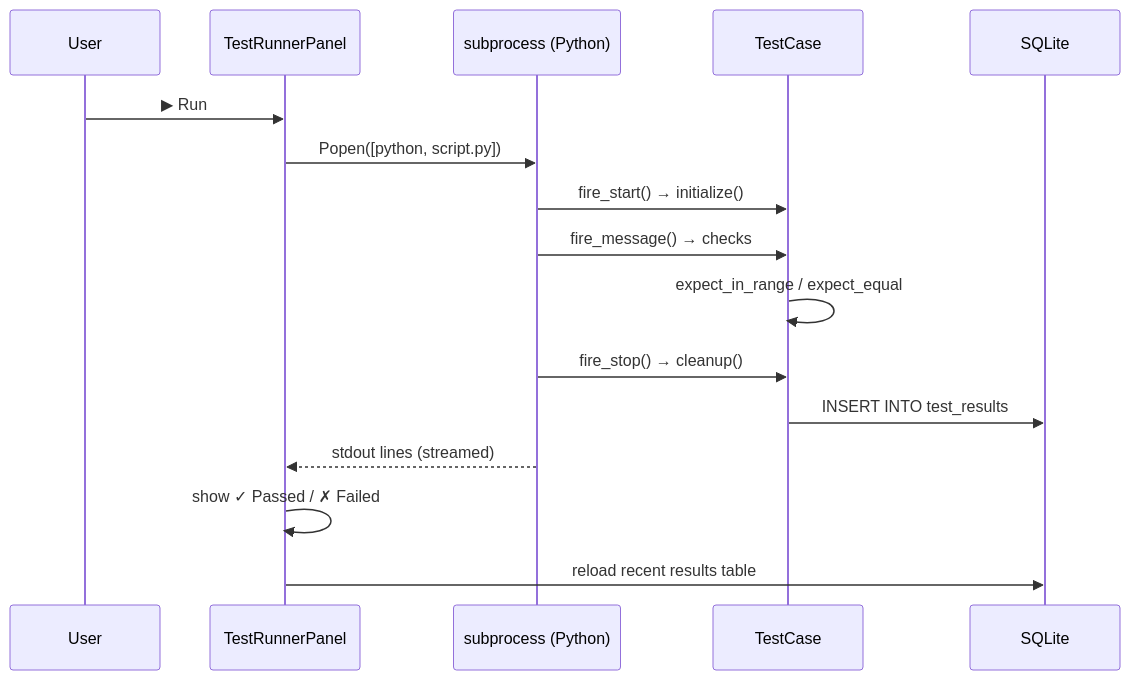
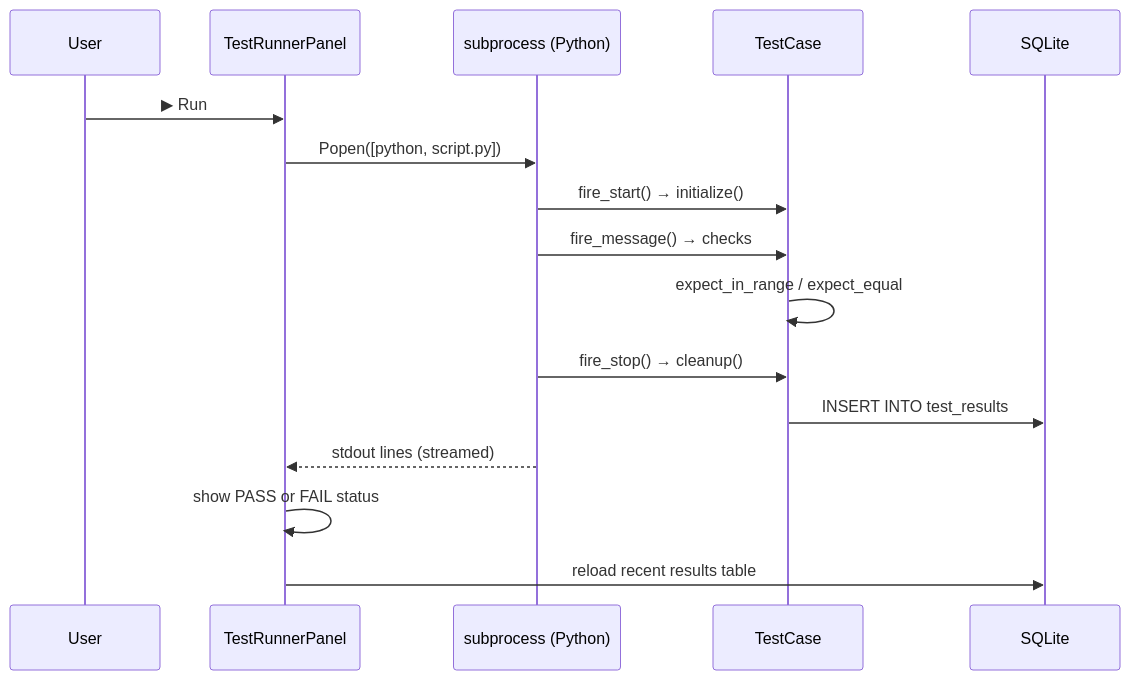
One commit to PriyanshuKSharma/AutoTestStudio changed the seventh of 18 diagrams in README.md. Above: the diagram before and after it, drawn with Mermaid. The commit also changed other lines of this file and 1 other file, not shown here.

Commit message:
style: replace emojis with professional Unicode symbols in sidebar nav and README diagrams

````diff
--- a/README.md
+++ b/README.md
@@ -235,19 +235,19 @@
 ```mermaid
 sequenceDiagram
     participant USER as User
     participant TR as TestRunnerPanel
     participant PROC as subprocess (Python)
     participant TC as TestCase
     participant DB as SQLite
 
     USER->>TR: ▶ Run
     TR->>PROC: Popen([python, script.py])
     PROC->>TC: fire_start() → initialize()
     PROC->>TC: fire_message() → checks
     TC->>TC: expect_in_range / expect_equal
     PROC->>TC: fire_stop() → cleanup()
     TC->>DB: INSERT INTO test_results
     PROC-->>TR: stdout lines (streamed)
-    TR->>TR: show ✓ Passed / ✗ Failed
+    TR->>TR: show PASS or FAIL status
     TR->>DB: reload recent results table
 ```
````
